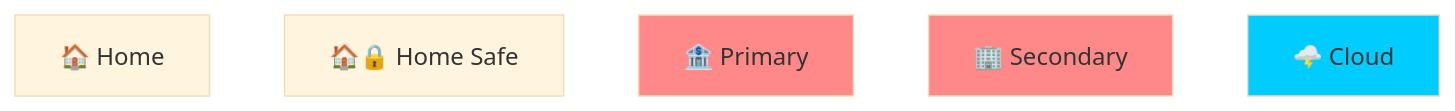
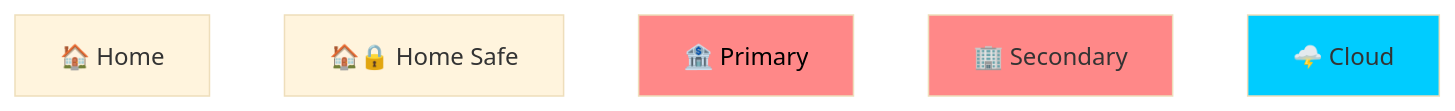
The fourth of 26 diagrams in Docs/Scenario-Multisig.md (BlockchainCommons/SmartCustody), drawn with Mermaid (base theme) before and after one commit.

````diff
--- a/Docs/Scenario-Multisig.md
+++ b/Docs/Scenario-Multisig.md
@@ -214,12 +214,12 @@
 ```mermaid
     graph BT;
     A["🏠 Home"]
     B["🏠🔒 Home Safe"]
     C["🏦 Primary"]
     D["🏢 Secondary"]
     E["🌩️ Cloud"]
     
-style C fill:#ff8888;
+style C color:#000,fill:#ff8888;
 style D fill:#ff8888;
 style E fill:#00ccff;
 ```
````
